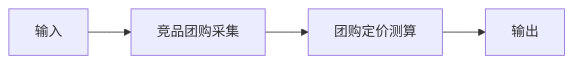
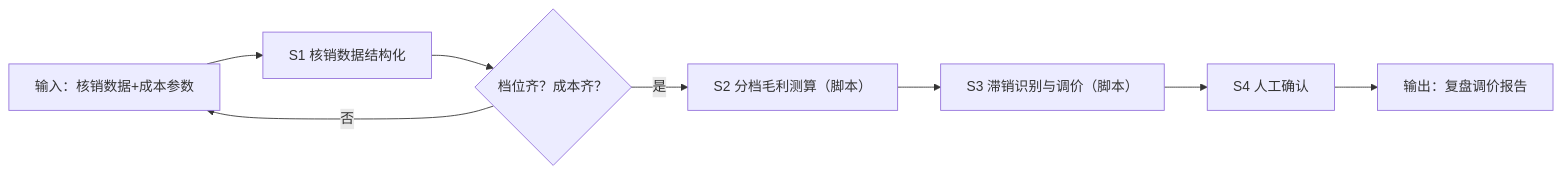
Before and after one commit to bangwozuo/groupbuy-designer-zh: the diagram in workflows/verification-recap-reprice-flow/SKILL.md, drawn with Mermaid. The commit also changed other lines of this file and 76 other files, not shown here.

````diff
--- a/workflows/verification-recap-reprice-flow/SKILL.md
+++ b/workflows/verification-recap-reprice-flow/SKILL.md
@@ -27,10 +34,10 @@
 ```mermaid
 flowchart LR
-    IN["输入"]
-    S1["竞品团购采集"]
-    S2["团购定价测算"]
-    OUT["输出"]
-    IN --> S1
-    S1 --> S2
-    S2 --> OUT
+    IN["输入：核销数据+成本参数"] --> S1["S1 核销数据结构化"]
+    S1 --> Q1{"档位齐？成本齐？"}
+    Q1 -- 否 --> IN
+    Q1 -- 是 --> S2["S2 分档毛利测算（脚本）"]
+    S2 --> S3["S3 滞销识别与调价（脚本）"]
+    S3 --> S4["S4 人工确认"]
+    S4 --> OUT["输出：复盘调价报告"]
 ```
````
